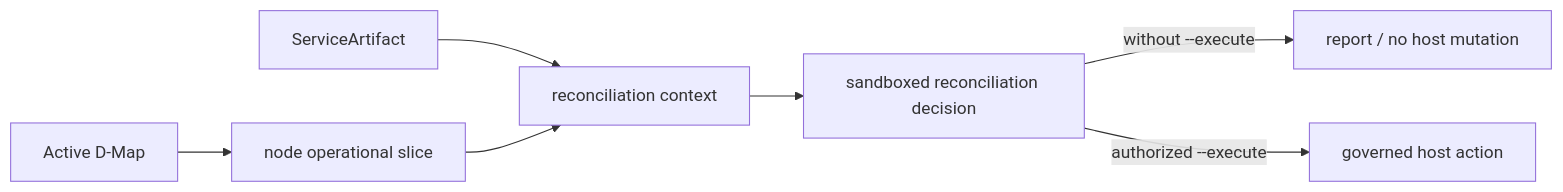
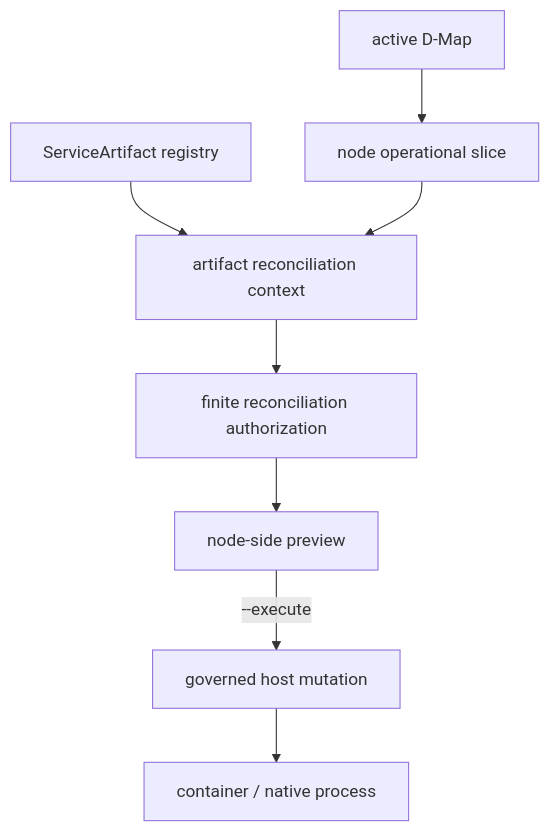
The second of 5 diagrams in docs/tutorials/runtime-realization.md (dnredson/datum-docs), drawn with Mermaid before and after one commit. The commit also changed other lines of this file and 10 other files, not shown here.

Commit message:
docs: add service-to-node deployment tutorials

````diff
--- a/docs/tutorials/runtime-realization.md
+++ b/docs/tutorials/runtime-realization.md
@@ -58,9 +22,10 @@
 ```mermaid
-flowchart LR
-    MAP["Active D-Map"] --> SLICE["node operational slice"]
-    ART["ServiceArtifact"] --> CTX["reconciliation context"]
-    SLICE --> CTX
-    CTX --> DEC["sandboxed reconciliation decision"]
-    DEC -->|"without --execute"| REPORT["report / no host mutation"]
-    DEC -->|"authorized --execute"| HOST["governed host action"]
+flowchart TB
+    MAP["active D-Map"] --> SL["node operational slice"]
+    ART["ServiceArtifact registry"] --> JOIN["artifact reconciliation context"]
+    SL --> JOIN
+    JOIN --> AUTH["finite reconciliation authorization"]
+    AUTH --> PRE["node-side preview"]
+    PRE -->|"--execute"| HOST["governed host mutation"]
+    HOST --> RUN["container / native process"]
 ```
````
